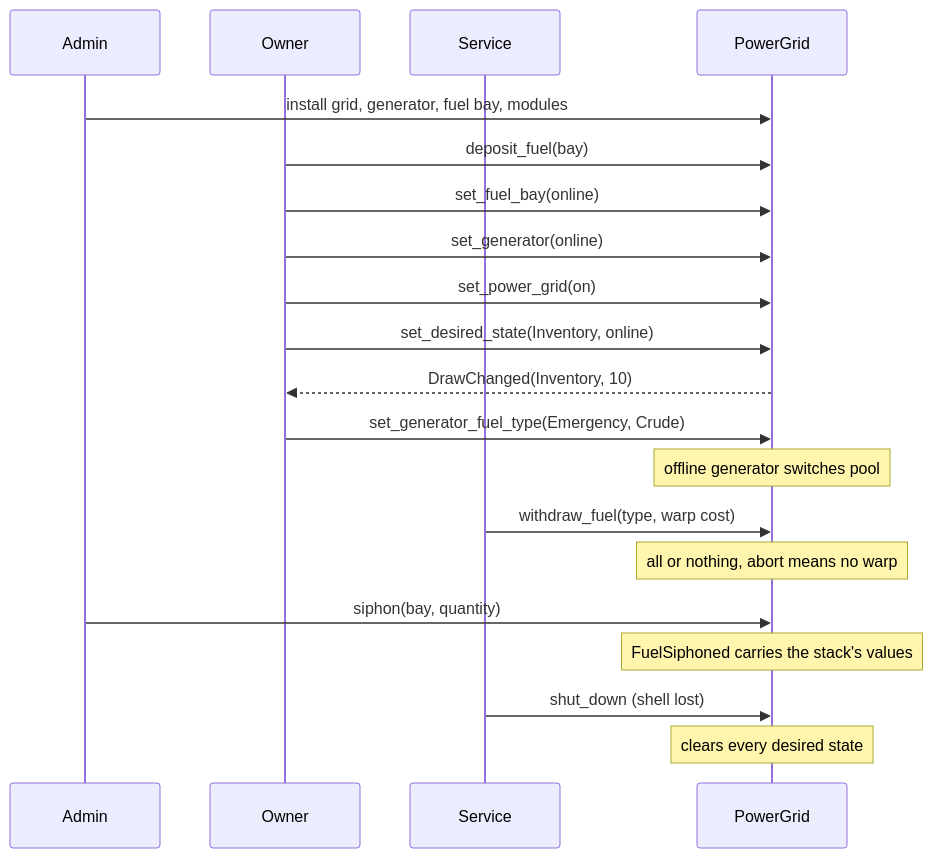
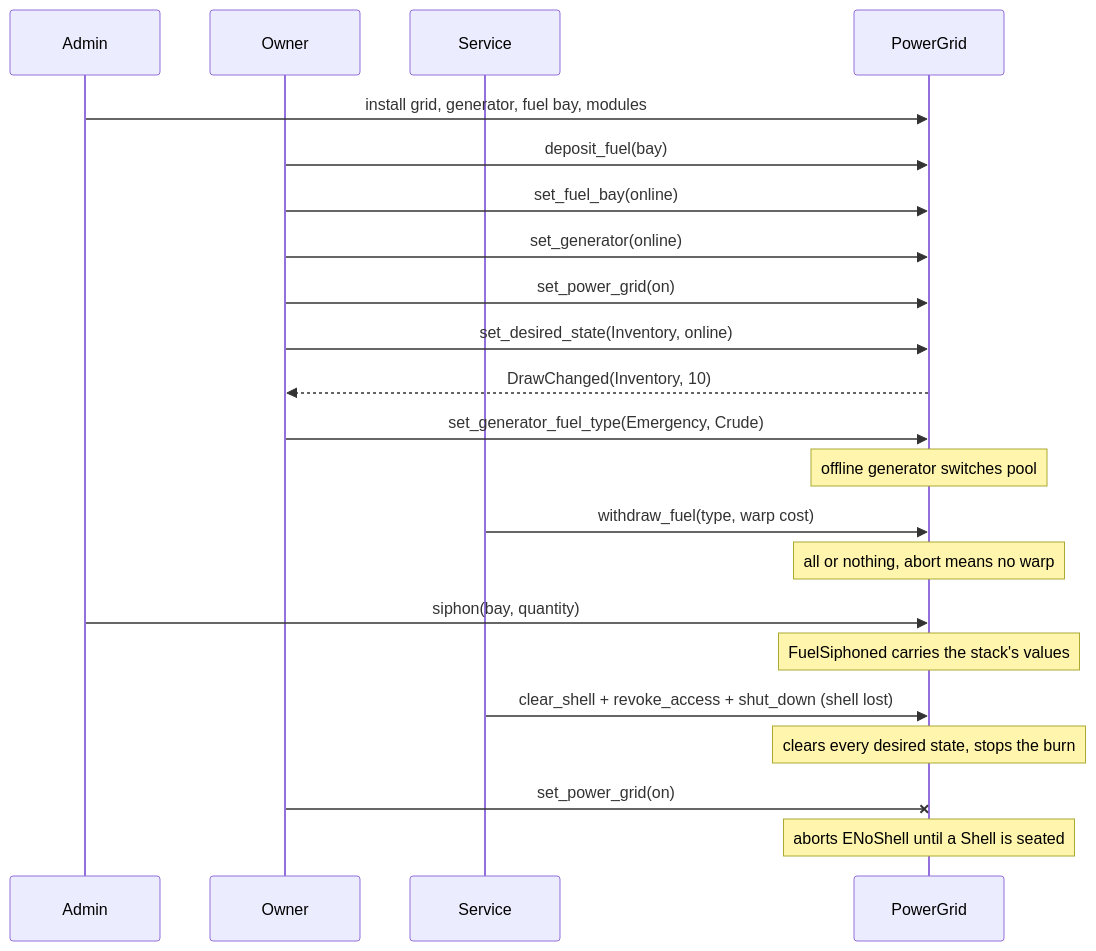
Before and after one commit to evefrontier/world-contracts: the second of 2 diagrams in docs/adr/0005-onchain-power-network.md, drawn with Mermaid. The commit also changed other lines of this file and 12 other files, not shown here.

Commit message:
fix(power): require a Shell to switch anything on

````diff
--- a/docs/adr/0005-onchain-power-network.md
+++ b/docs/adr/0005-onchain-power-network.md
@@ -82,27 +82,29 @@
 ```mermaid
 sequenceDiagram
     participant Admin
     participant Owner
     participant Service
     participant Grid as PowerGrid
 
     Admin->>Grid: install grid, generator, fuel bay, modules
     Owner->>Grid: deposit_fuel(bay)
     Owner->>Grid: set_fuel_bay(online)
     Owner->>Grid: set_generator(online)
     Owner->>Grid: set_power_grid(on)
     Owner->>Grid: set_desired_state(Inventory, online)
     Grid-->>Owner: DrawChanged(Inventory, 10)
 
     Owner->>Grid: set_generator_fuel_type(Emergency, Crude)
     Note over Grid: offline generator switches pool
 
     Service->>Grid: withdraw_fuel(type, warp cost)
     Note over Grid: all or nothing, abort means no warp
 
     Admin->>Grid: siphon(bay, quantity)
     Note over Grid: FuelSiphoned carries the stack's values
 
-    Service->>Grid: shut_down (shell lost)
-    Note over Grid: clears every desired state
+    Service->>Grid: clear_shell + revoke_access + shut_down (shell lost)
+    Note over Grid: clears every desired state, stops the burn
+    Owner-xGrid: set_power_grid(on)
+    Note over Grid: aborts ENoShell until a Shell is seated
 ```
````
